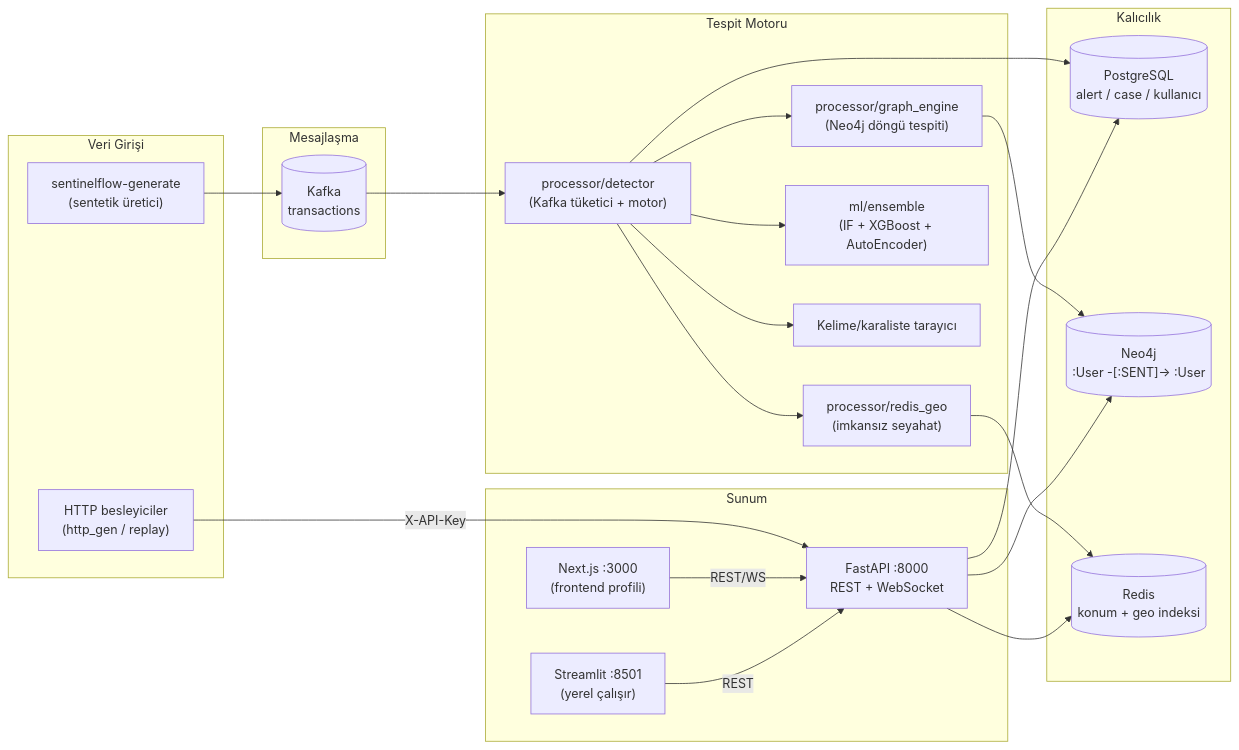
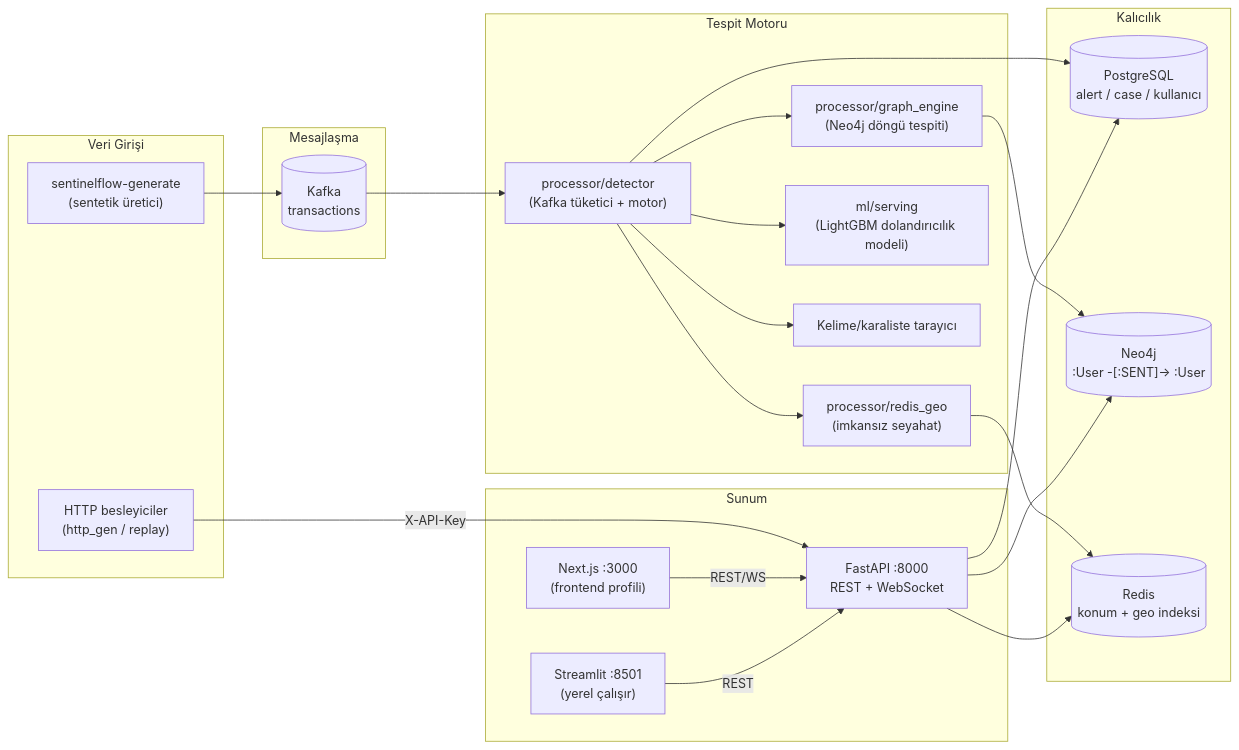
Before and after one commit to uzunbugra/sentinel: the diagram in docs/architecture.md, drawn with Mermaid. The commit also changed other lines of this file and 10 other files, not shown here.

````diff
--- a/docs/architecture.md
+++ b/docs/architecture.md
@@ -8,42 +8,42 @@
 ```mermaid
 flowchart LR
     subgraph Ingest["Veri Girişi"]
         GEN["sentinelflow-generate\n(sentetik üretici)"]
         HTTP["HTTP besleyiciler\n(http_gen / replay)"]
     end
 
     subgraph Bus["Mesajlaşma"]
         KAFKA[("Kafka\ntransactions")]
     end
 
     subgraph Engine["Tespit Motoru"]
         DET["processor/detector\n(Kafka tüketici + motor)"]
         GRAPH["processor/graph_engine\n(Neo4j döngü tespiti)"]
         GEO["processor/redis_geo\n(imkansız seyahat)"]
-        ML["ml/ensemble\n(IF + XGBoost + AutoEncoder)"]
+        ML["ml/serving\n(LightGBM dolandırıcılık modeli)"]
         KW["Kelime/karaliste tarayıcı"]
     end
 
     subgraph Store["Kalıcılık"]
         PG[("PostgreSQL\nalert / case / kullanıcı")]
         NEO[("Neo4j\n:User -[:SENT]-> :User")]
         RDS[("Redis\nkonum + geo indeksi")]
     end
 
     subgraph Serve["Sunum"]
         API["FastAPI :8000\nREST + WebSocket"]
         WEB["Next.js :3000\n(frontend profili)"]
         ST["Streamlit :8501\n(yerel çalışır)"]
     end
 
     GEN --> KAFKA
     HTTP -->|X-API-Key| API
     KAFKA --> DET
     DET --> GRAPH & GEO & ML & KW
     GRAPH --> NEO
     GEO --> RDS
     DET --> PG
     API --> PG & NEO & RDS
     WEB -->|REST/WS| API
     ST -->|REST| API
 ```
````
